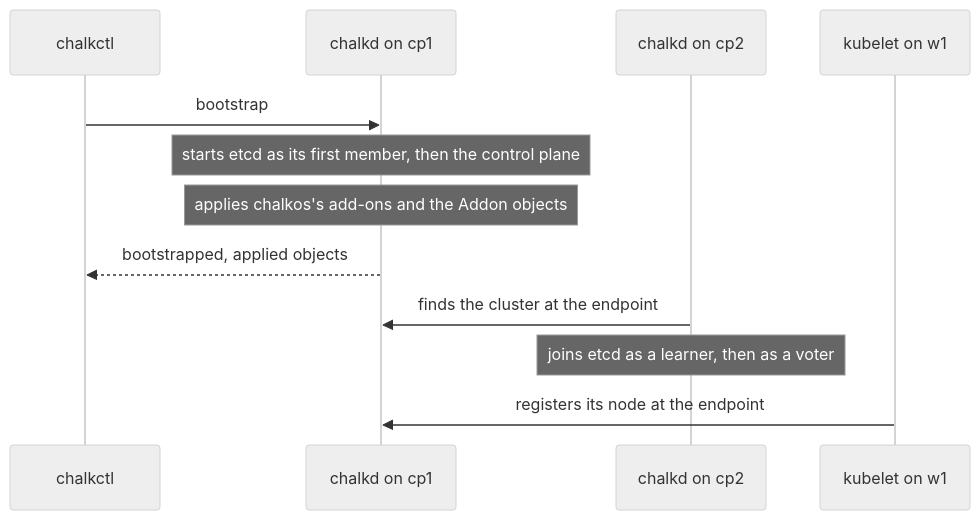
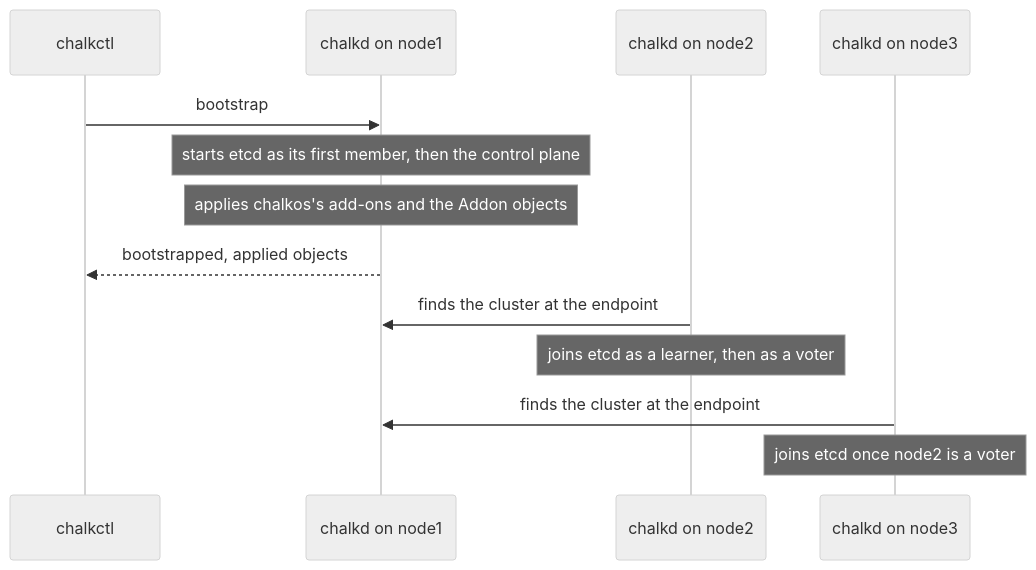
The diagram in docs/kubernetes/bootstrap.md (trevex/chalkos), drawn with Mermaid (neutral theme) before and after one commit. The commit also changed other lines of this file and 20 other files, not shown here.

````diff
--- a/docs/kubernetes/bootstrap.md
+++ b/docs/kubernetes/bootstrap.md
@@ -35,14 +36,15 @@
 ```mermaid
 sequenceDiagram
     participant you as chalkctl
-    participant cp1 as chalkd on cp1
-    participant cp2 as chalkd on cp2
-    participant w1 as kubelet on w1
-    you->>cp1: bootstrap
-    Note over cp1: starts etcd as its first member, then the control plane
-    Note over cp1: applies chalkos's add-ons and the Addon objects
-    cp1-->>you: bootstrapped, applied objects
-    cp2->>cp1: finds the cluster at the endpoint
-    Note over cp2: joins etcd as a learner, then as a voter
-    w1->>cp1: registers its node at the endpoint
+    participant node1 as chalkd on node1
+    participant node2 as chalkd on node2
+    participant node3 as chalkd on node3
+    you->>node1: bootstrap
+    Note over node1: starts etcd as its first member, then the control plane
+    Note over node1: applies chalkos's add-ons and the Addon objects
+    node1-->>you: bootstrapped, applied objects
+    node2->>node1: finds the cluster at the endpoint
+    Note over node2: joins etcd as a learner, then as a voter
+    node3->>node1: finds the cluster at the endpoint
+    Note over node3: joins etcd once node2 is a voter
 ```
````
